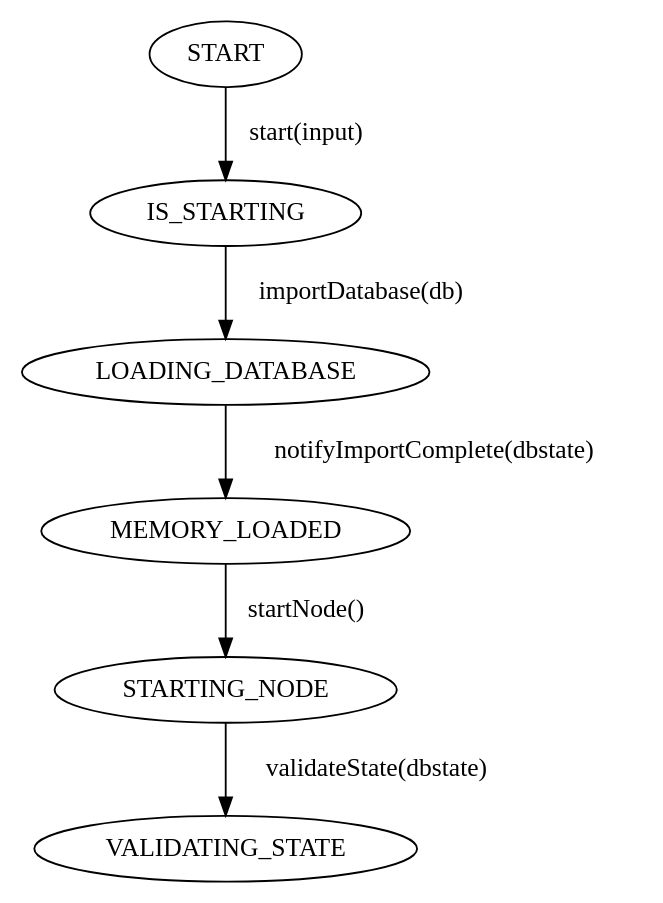
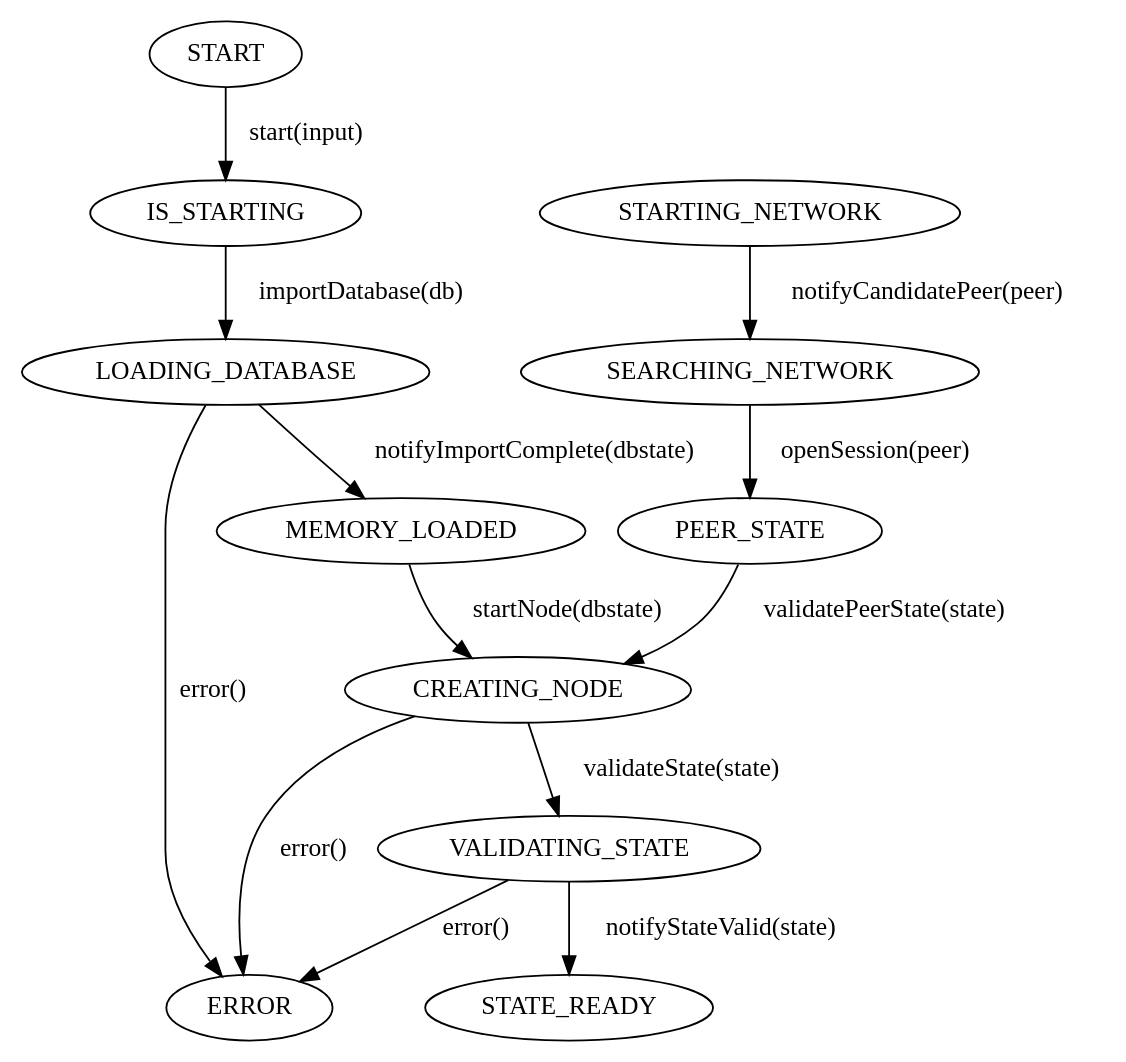
One commit to FabricLabs/sensemaker changed the diagram in scripts/boot.dot. Above: the diagram before and after it, drawn with Graphviz. The commit also changed 22 other files, not shown here.

```diff
--- a/scripts/boot.dot
+++ b/scripts/boot.dot
@@ -1,7 +1,16 @@
 digraph Boot {
   "START" -> "IS_STARTING" [label=" start(input)"]
   "IS_STARTING" -> "LOADING_DATABASE" [label=" importDatabase(db)"]
   "LOADING_DATABASE" -> "MEMORY_LOADED" [label=" notifyImportComplete(dbstate)"]
-  "MEMORY_LOADED" -> "STARTING_NODE" [label=" startNode()"]
-  "STARTING_NODE" -> "VALIDATING_STATE" [label=" validateState(dbstate)"]
+  "MEMORY_LOADED" -> "CREATING_NODE" [label=" startNode(dbstate)"]
+  "CREATING_NODE" -> "VALIDATING_STATE" [label=" validateState(state)"]
+  "VALIDATING_STATE" -> "STATE_READY" [label=" notifyStateValid(state)"]
+  "STARTING_NETWORK" -> "SEARCHING_NETWORK" [label=" notifyCandidatePeer(peer)"]
+  "SEARCHING_NETWORK" -> "PEER_STATE" [label=" openSession(peer)"]
+
+  "PEER_STATE" -> "CREATING_NODE" [label=" validatePeerState(state)"]
+
+  "LOADING_DATABASE" -> "ERROR" [label=" error()"]
+  "CREATING_NODE" -> "ERROR" [label=" error()"]
+  "VALIDATING_STATE" -> "ERROR" [label=" error()"]
 }
```
